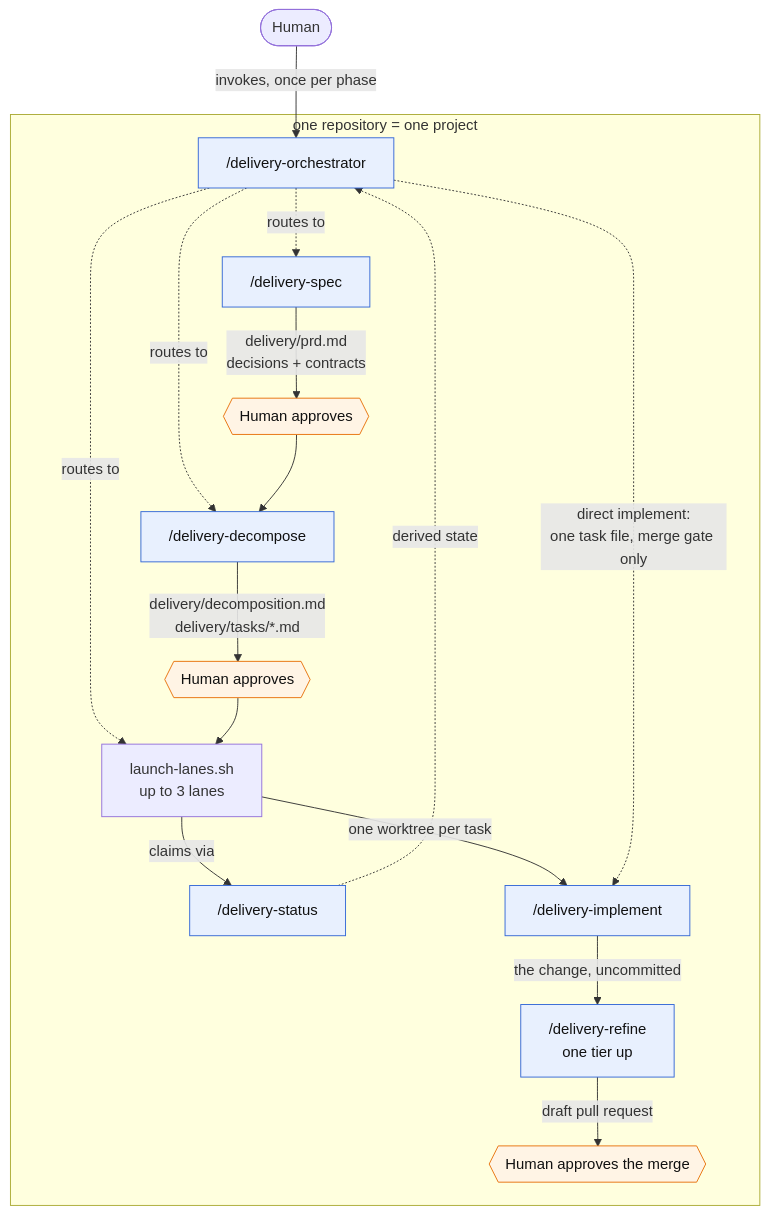
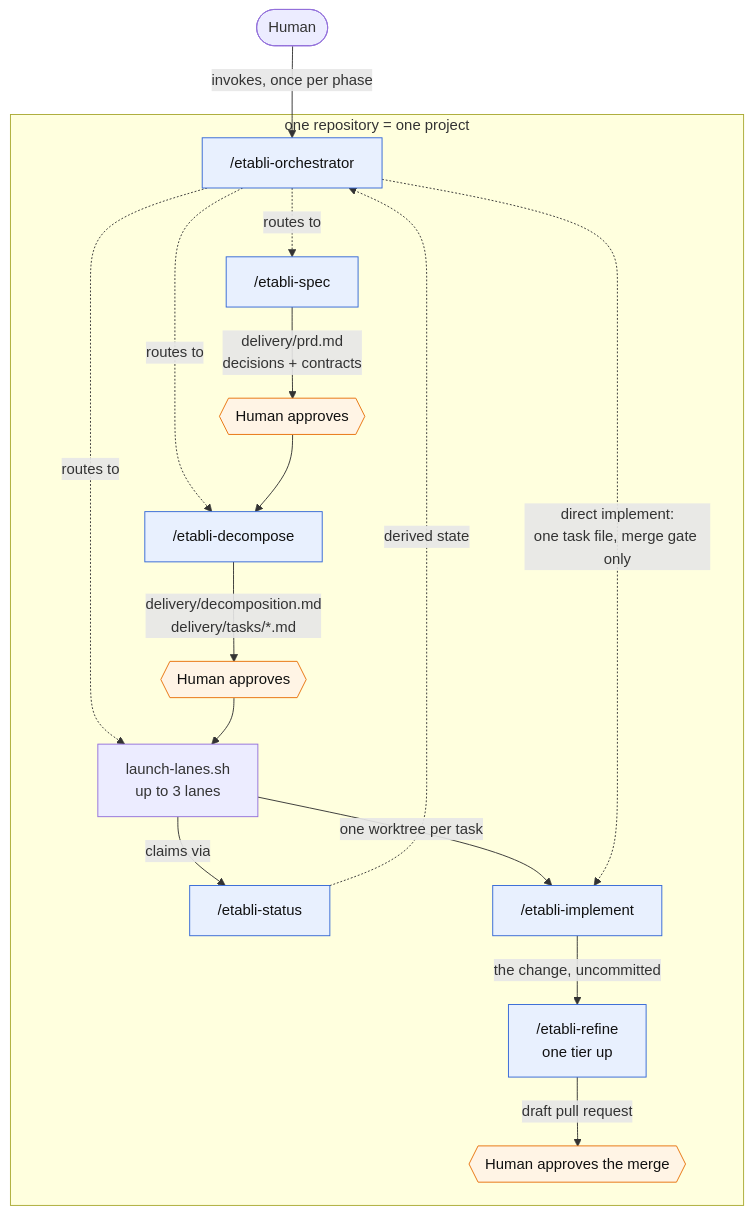
One commit to ancelin-code/delivery-kit changed the first of 3 diagrams in README.md. Above: the diagram before and after it, drawn with Mermaid. The commit also changed other lines of this file and 70 other files, not shown here.

````diff
--- a/README.md
+++ b/README.md
@@ -57,28 +57,28 @@
 ```mermaid
 flowchart TD
-    H([Human]) -->|invokes, once per phase| O["/delivery-orchestrator"]
+    H([Human]) -->|invokes, once per phase| O["/etabli-orchestrator"]
 
     subgraph PRJ["one repository = one project"]
-        O -.->|routes to| SPEC["/delivery-spec"]
-        O -.->|routes to| DEC["/delivery-decompose"]
+        O -.->|routes to| SPEC["/etabli-spec"]
+        O -.->|routes to| DEC["/etabli-decompose"]
         O -.->|routes to| LAUNCH["launch-lanes.sh<br/>up to 3 lanes"]
 
         SPEC -->|delivery/prd.md<br/>decisions + contracts| G1{{Human approves}}
         G1 --> DEC
         DEC -->|delivery/decomposition.md<br/>delivery/tasks/*.md| G2{{Human approves}}
         G2 --> LAUNCH
 
-        LAUNCH -->|claims via| ST["/delivery-status"]
-        LAUNCH -->|one worktree per task| IMP["/delivery-implement"]
-        IMP -->|the change, uncommitted| REF["/delivery-refine<br/>one tier up"]
+        LAUNCH -->|claims via| ST["/etabli-status"]
+        LAUNCH -->|one worktree per task| IMP["/etabli-implement"]
+        IMP -->|the change, uncommitted| REF["/etabli-refine<br/>one tier up"]
         REF -->|draft pull request| G3{{Human approves the merge}}
     end
 
     O -.->|direct implement:<br/>one task file, merge gate only| IMP
     ST -.->|derived state| O
 
     classDef skill fill:#e8f0fe,stroke:#3367d6,color:#111
     classDef gate fill:#fff4e5,stroke:#e8710a,color:#111
     class O,SPEC,DEC,IMP,REF,ST skill
     class G1,G2,G3 gate
 ```
````
